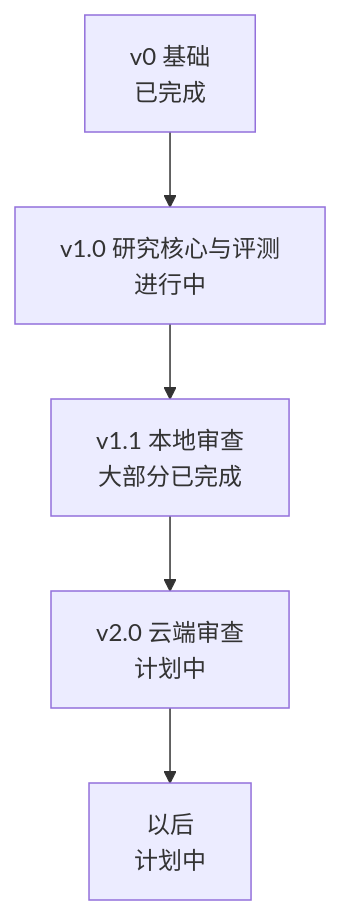
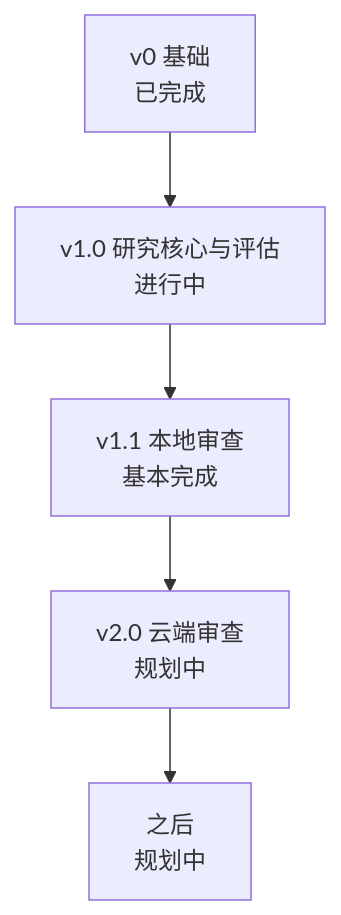
One commit to Pleasurecruise/eyeful changed the diagram in docs/zh/ROADMAP.md. Above: the diagram before and after it, drawn with Mermaid. The commit also changed other lines of this file and 51 other files, not shown here.

````diff
--- a/docs/zh/ROADMAP.md
+++ b/docs/zh/ROADMAP.md
@@ -7,7 +5,7 @@
 ```mermaid
 flowchart TB
-    v0["v0 基础<br/>已完成"] --> v1["v1.0 研究核心与评测<br/>进行中"]
-    v1 --> v11["v1.1 本地审查<br/>大部分已完成"]
-    v11 --> v2["v2.0 云端审查<br/>计划中"]
-    v2 --> later["以后<br/>计划中"]
+    v0["v0 基础<br/>已完成"] --> v1["v1.0 研究核心与评估<br/>进行中"]
+    v1 --> v11["v1.1 本地审查<br/>基本完成"]
+    v11 --> v2["v2.0 云端审查<br/>规划中"]
+    v2 --> later["之后<br/>规划中"]
 ```
````
